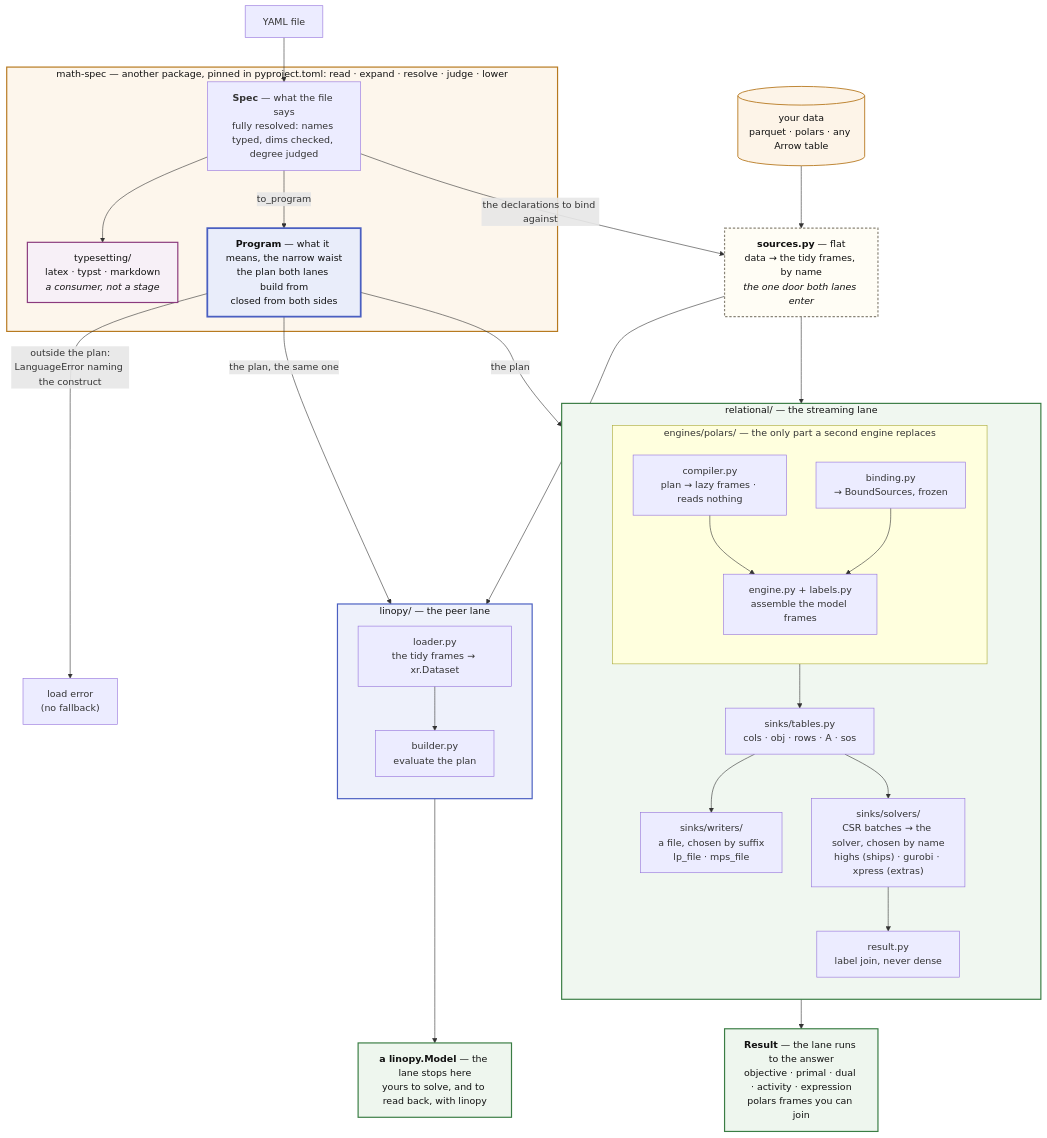
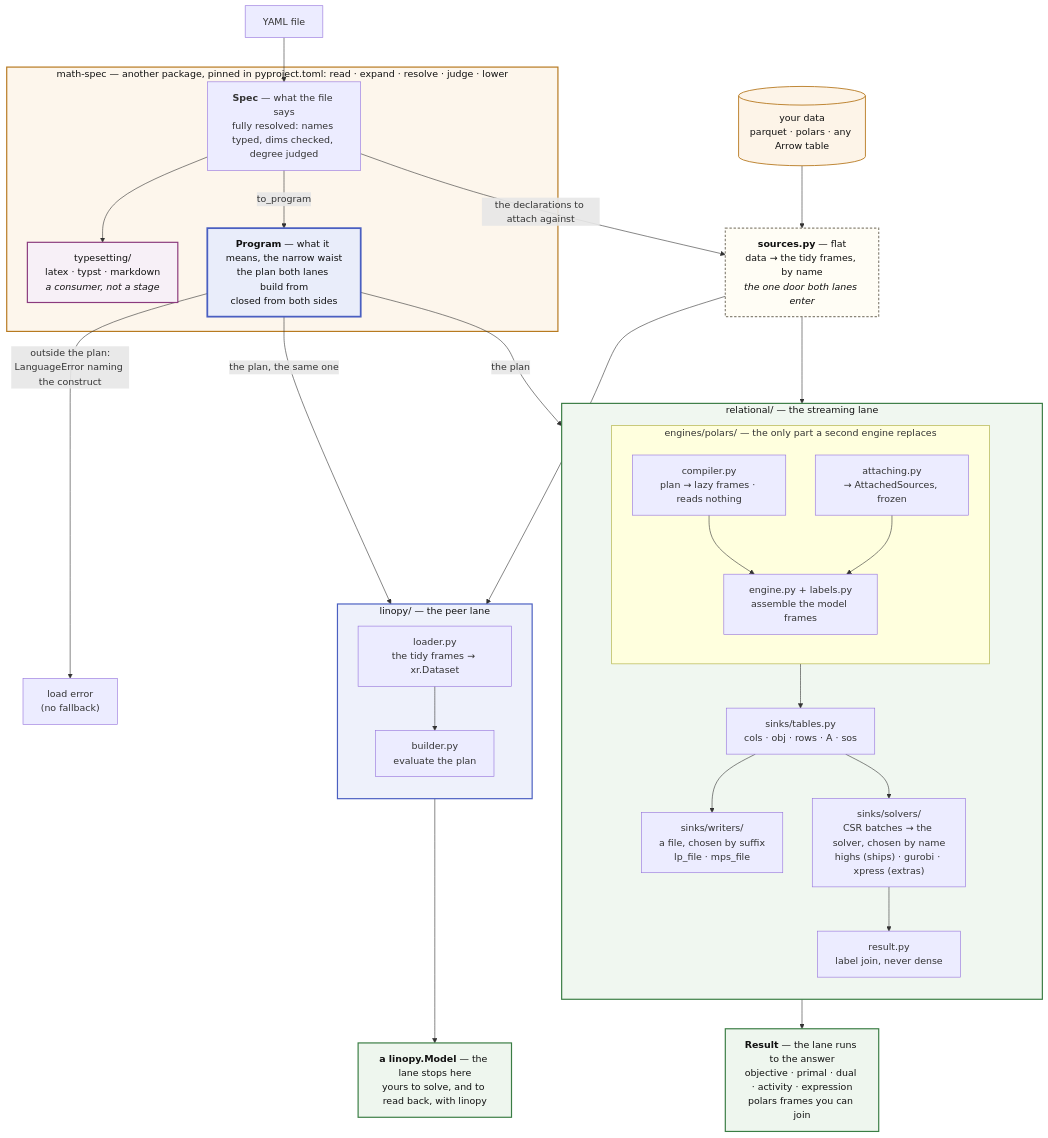
Before and after one commit to FBumann/linopy-yaml: the first of 2 diagrams in docs/about/architecture.md, drawn with Mermaid. The commit also changed other lines of this file and 155 other files, not shown here.

First line of the commit message:
refactor(api): data attaches to a spec, so bound means only a variable's limit (#1479)

````diff
--- a/docs/about/architecture.md
+++ b/docs/about/architecture.md
@@ -73,59 +73,59 @@
 ```mermaid
 flowchart TB
     Y[YAML file] --> SPEC
     DATA[("your data<br/>parquet · polars · any Arrow table")] --> SRC
 
     subgraph MS["math-spec — another package, pinned in pyproject.toml: read · expand · resolve · judge · lower"]
         SPEC["<b>Spec</b> — what the file says<br/>fully resolved: names typed, dims checked, degree judged"]
         SPEC --> TS["typesetting/<br/>latex · typst · markdown<br/><i>a consumer, not a stage</i>"]
         SPEC -->|"to_program"| PLAN["<b>Program</b> — what it means, the narrow waist<br/>the plan both lanes build from<br/>closed from both sides"]
     end
 
-    SPEC -->|"the declarations to bind against"| SRC
+    SPEC -->|"the declarations to attach against"| SRC
     SRC["<b>sources.py</b> — flat<br/>data → the tidy frames, by name<br/><i>the one door both lanes enter</i>"]
 
     PLAN -->|"outside the plan:<br/>LanguageError naming the construct"| ERR["load error<br/>(no fallback)"]
     PLAN -->|"the plan"| COMP
-    SRC --> BIND
+    SRC --> ATTACH
     PLAN -->|"the plan, the same one"| BUILD
     SRC --> LOAD
 
     subgraph REL["relational/ — the streaming lane"]
         direction TB
         subgraph ENG["engines/polars/ — the only part a second engine replaces"]
             direction TB
             COMP["compiler.py<br/>plan → lazy frames · reads nothing"] --> ENGINE
-            BIND["binding.py<br/>→ BoundSources, frozen"] --> ENGINE["engine.py + labels.py<br/>assemble the model frames"]
+            ATTACH["attaching.py<br/>→ AttachedSources, frozen"] --> ENGINE["engine.py + labels.py<br/>assemble the model frames"]
         end
         ENG --> TABLES["sinks/tables.py<br/>cols · obj · rows · A · sos"]
         TABLES --> LPS["sinks/writers/<br/>a file, chosen by suffix<br/>lp_file · mps_file"]
         TABLES --> DIRECT["sinks/solvers/<br/>CSR batches → the solver, chosen by name<br/>highs (ships) · gurobi · xpress (extras)"]
         DIRECT --> SOL["result.py<br/>label join, never dense"]
     end
 
     SOL --> ANS["<b>Result</b> — the lane runs to the answer<br/>objective · primal · dual · activity · expression<br/>polars frames you can join"]
 
     subgraph LIN["linopy/ — the peer lane"]
         direction TB
         LOAD["loader.py<br/>the tidy frames → xr.Dataset"] --> BUILD["builder.py<br/>evaluate the plan"]
     end
 
     BUILD --> MODEL["<b>a linopy.Model</b> — the lane stops here<br/>yours to solve, and to read back, with linopy"]
 
     classDef laneL fill:#fdf6ec,stroke:#b7791f,stroke-width:2px,color:#111
     classDef laneR fill:#f0f7f0,stroke:#3a7d44,stroke-width:2px,color:#111
     classDef laneE fill:#eef1fb,stroke:#4a5fc1,stroke-width:2px,color:#111
     classDef laneT fill:#f7f0f7,stroke:#8b3a7d,stroke-width:2px,color:#111
     classDef waist fill:#e9edfa,stroke:#4a5fc1,stroke-width:3px,color:#111
     classDef flat fill:#fffdf5,stroke:#8a8578,stroke-width:2px,stroke-dasharray:4 3,color:#111
     classDef data fill:#fdf4e8,stroke:#b7791f,stroke-width:1.5px,color:#111
     classDef out fill:#eef6ee,stroke:#3a7d44,stroke-width:2px,color:#111
     class MS laneL
     class REL laneR
     class LIN laneE
     class TS laneT
     class PLAN waist
     class SRC flat
     class DATA data
     class ANS,MODEL out
 ```
````
